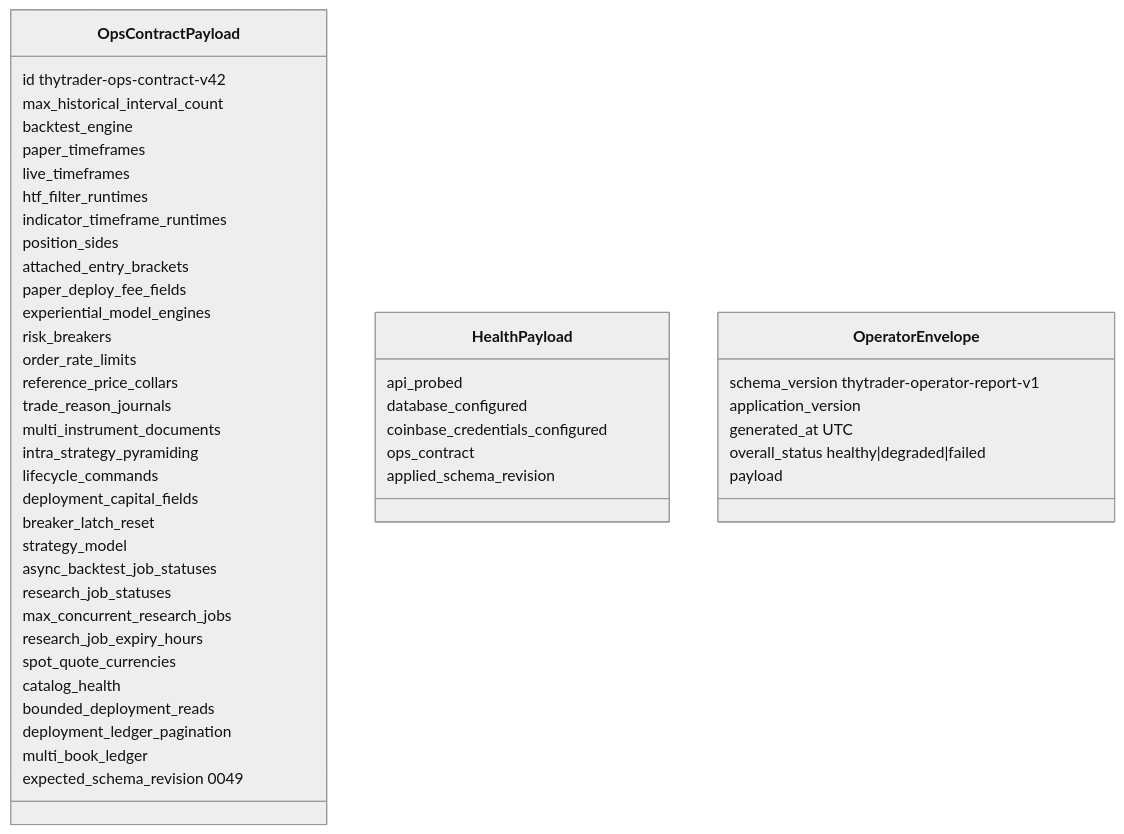
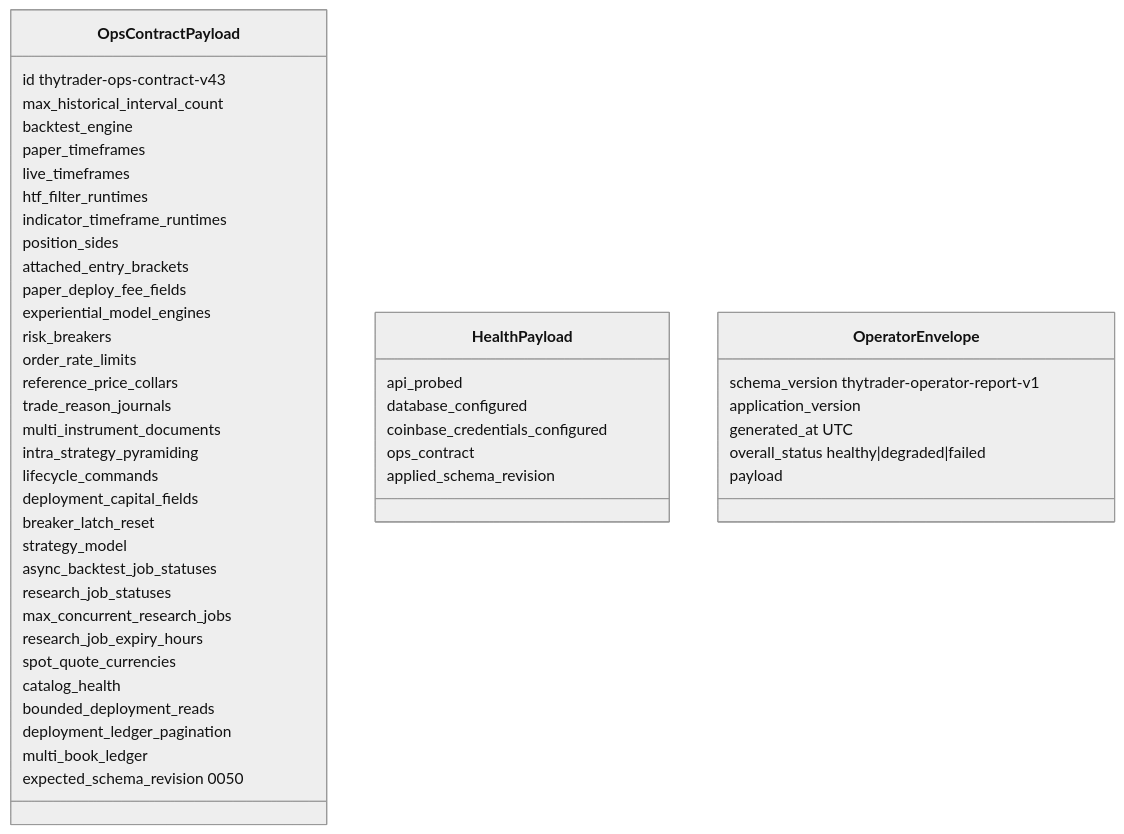
The diagram in docs/architecture/contracts/ops-contract.md (Zoltesh/thytrader), drawn with Mermaid (neutral theme) before and after one commit. The commit also changed other lines of this file and 8 other files, not shown here.

````diff
--- a/docs/architecture/contracts/ops-contract.md
+++ b/docs/architecture/contracts/ops-contract.md
@@ -46,50 +46,50 @@
 ```mermaid
 classDiagram
   class OpsContractPayload {
-    id thytrader-ops-contract-v42
+    id thytrader-ops-contract-v43
     max_historical_interval_count
     backtest_engine
     paper_timeframes
     live_timeframes
     htf_filter_runtimes
     indicator_timeframe_runtimes
     position_sides
     attached_entry_brackets
     paper_deploy_fee_fields
     experiential_model_engines
     risk_breakers
     order_rate_limits
     reference_price_collars
     trade_reason_journals
     multi_instrument_documents
     intra_strategy_pyramiding
     lifecycle_commands
     deployment_capital_fields
     breaker_latch_reset
     strategy_model
     async_backtest_job_statuses
     research_job_statuses
     max_concurrent_research_jobs
     research_job_expiry_hours
     spot_quote_currencies
     catalog_health
     bounded_deployment_reads
     deployment_ledger_pagination
     multi_book_ledger
-    expected_schema_revision 0049
+    expected_schema_revision 0050
   }
   class HealthPayload {
     api_probed
     database_configured
     coinbase_credentials_configured
     ops_contract
     applied_schema_revision
   }
   class OperatorEnvelope {
     schema_version thytrader-operator-report-v1
     application_version
     generated_at UTC
     overall_status healthy|degraded|failed
     payload
   }
 ```
````
